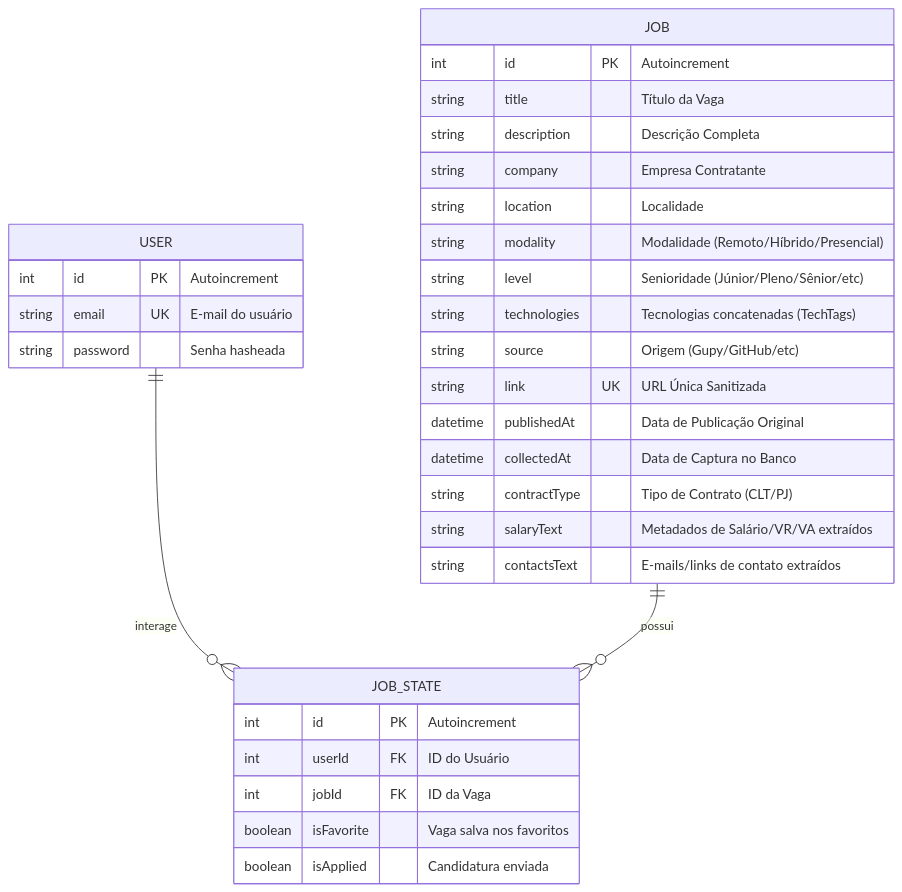
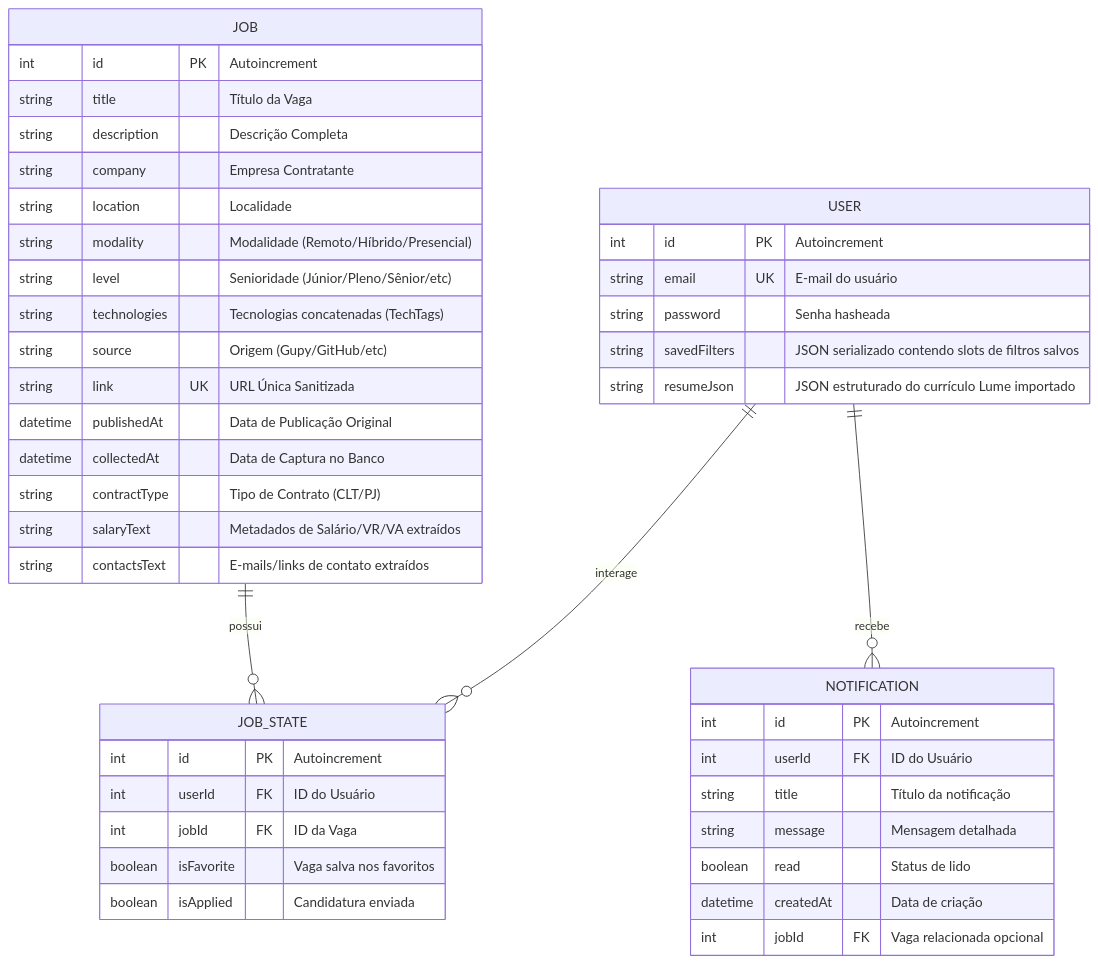
Before and after one commit to gui-bus/Scout: the diagram in docs/database.md, drawn with Mermaid. The commit also changed 2 other files, not shown here.

Commit message:
docs: update README and docs with new system features and data models

````diff
--- a/docs/database.md
+++ b/docs/database.md
@@ -11,37 +11,50 @@
 ```mermaid
 erDiagram
     USER ||--o{ JOB_STATE : "interage"
+    USER ||--o{ NOTIFICATION : "recebe"
     JOB ||--o{ JOB_STATE : "possui"
 
     USER {
         int id PK "Autoincrement"
         string email UK "E-mail do usuário"
         string password "Senha hasheada"
+        string savedFilters "JSON serializado contendo slots de filtros salvos"
+        string resumeJson "JSON estruturado do currículo Lume importado"
     }
 
     JOB {
         int id PK "Autoincrement"
         string title "Título da Vaga"
         string description "Descrição Completa"
         string company "Empresa Contratante"
         string location "Localidade"
         string modality "Modalidade (Remoto/Híbrido/Presencial)"
         string level "Senioridade (Júnior/Pleno/Sênior/etc)"
         string technologies "Tecnologias concatenadas (TechTags)"
         string source "Origem (Gupy/GitHub/etc)"
         string link UK "URL Única Sanitizada"
         datetime publishedAt "Data de Publicação Original"
         datetime collectedAt "Data de Captura no Banco"
         string contractType "Tipo de Contrato (CLT/PJ)"
         string salaryText "Metadados de Salário/VR/VA extraídos"
         string contactsText "E-mails/links de contato extraídos"
     }
 
     JOB_STATE {
         int id PK "Autoincrement"
         int userId FK "ID do Usuário"
         int jobId FK "ID da Vaga"
         boolean isFavorite "Vaga salva nos favoritos"
         boolean isApplied "Candidatura enviada"
     }
+
+    NOTIFICATION {
+        int id PK "Autoincrement"
+        int userId FK "ID do Usuário"
+        string title "Título da notificação"
+        string message "Mensagem detalhada"
+        boolean read "Status de lido"
+        datetime createdAt "Data de criação"
+        int jobId FK "Vaga relacionada opcional"
+    }
 ```
````
